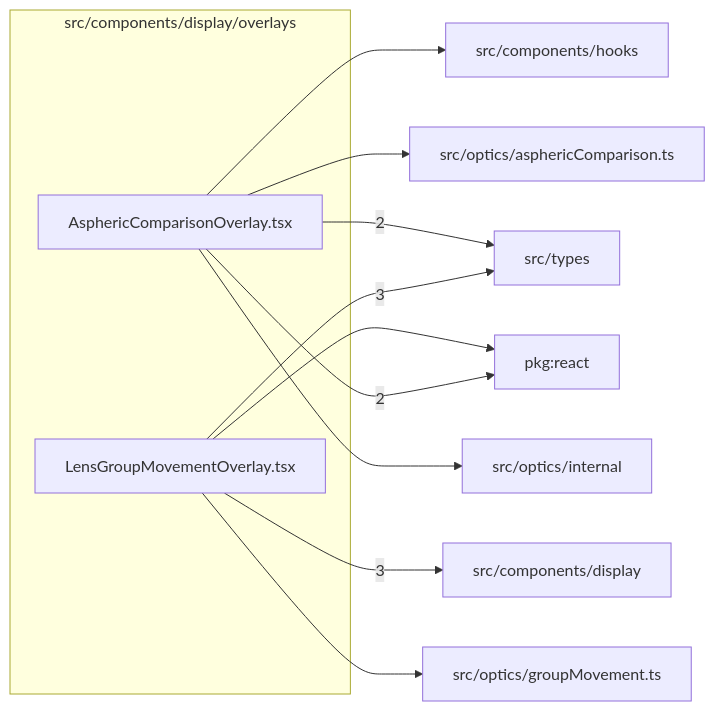
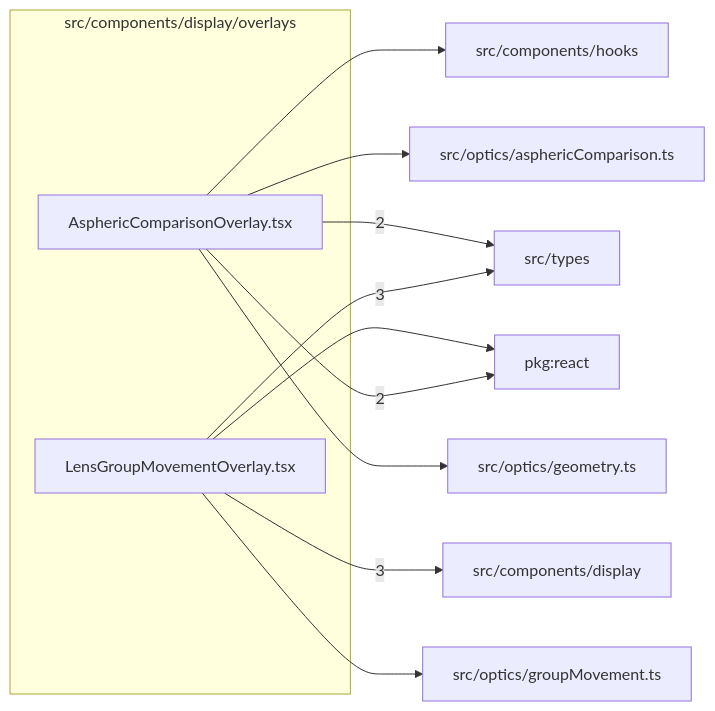
Before and after one commit to ronbuening/LensVisualizer: the diagram in src/components/display/overlays/readme.md, drawn with Mermaid. The commit also changed other lines of this file and 34 other files, not shown here.

````diff
--- a/src/components/display/overlays/readme.md
+++ b/src/components/display/overlays/readme.md
@@ -9,23 +9,23 @@
 ```mermaid
 flowchart LR
   subgraph n_src_components_display_overlays["src/components/display/overlays"]
     n_src_components_display_overlays_src_components_display_overlays_AsphericComparisonOverlay_tsx["AsphericComparisonOverlay.tsx"]
     n_src_components_display_overlays_src_components_display_overlays_LensGroupMovementOverlay_tsx["LensGroupMovementOverlay.tsx"]
   end
   n_external_src_components_display["src/components/display"]
   n_external_src_types["src/types"]
   n_external_pkg_react["pkg:react"]
   n_external_src_components_hooks["src/components/hooks"]
   n_external_src_optics_asphericComparison_ts["src/optics/asphericComparison.ts"]
+  n_external_src_optics_geometry_ts["src/optics/geometry.ts"]
   n_external_src_optics_groupMovement_ts["src/optics/groupMovement.ts"]
-  n_external_src_optics_internal["src/optics/internal"]
   n_src_components_display_overlays_src_components_display_overlays_LensGroupMovementOverlay_tsx --> |3| n_external_src_components_display
   n_src_components_display_overlays_src_components_display_overlays_LensGroupMovementOverlay_tsx --> |3| n_external_src_types
   n_src_components_display_overlays_src_components_display_overlays_AsphericComparisonOverlay_tsx --> |2| n_external_pkg_react
   n_src_components_display_overlays_src_components_display_overlays_AsphericComparisonOverlay_tsx --> |2| n_external_src_types
   n_src_components_display_overlays_src_components_display_overlays_LensGroupMovementOverlay_tsx --> n_external_pkg_react
   n_src_components_display_overlays_src_components_display_overlays_AsphericComparisonOverlay_tsx --> n_external_src_components_hooks
   n_src_components_display_overlays_src_components_display_overlays_AsphericComparisonOverlay_tsx --> n_external_src_optics_asphericComparison_ts
+  n_src_components_display_overlays_src_components_display_overlays_AsphericComparisonOverlay_tsx --> n_external_src_optics_geometry_ts
   n_src_components_display_overlays_src_components_display_overlays_LensGroupMovementOverlay_tsx --> n_external_src_optics_groupMovement_ts
-  n_src_components_display_overlays_src_components_display_overlays_AsphericComparisonOverlay_tsx --> n_external_src_optics_internal
 ```
````
